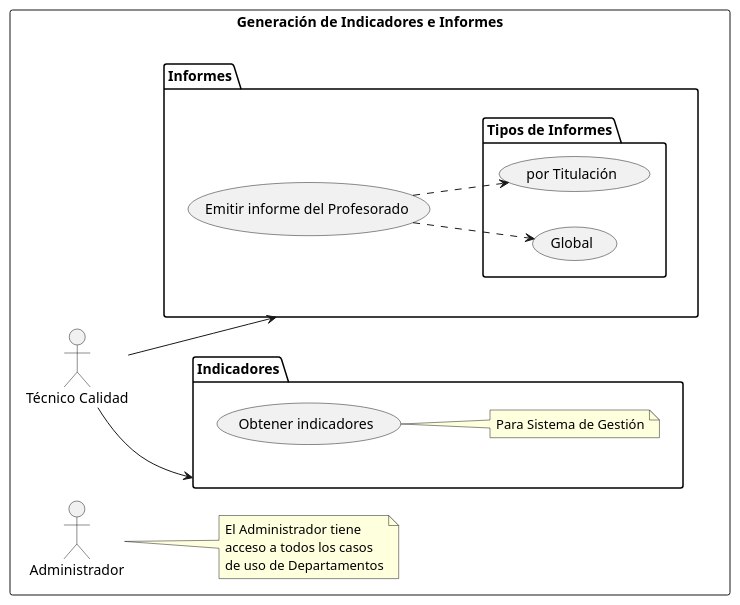
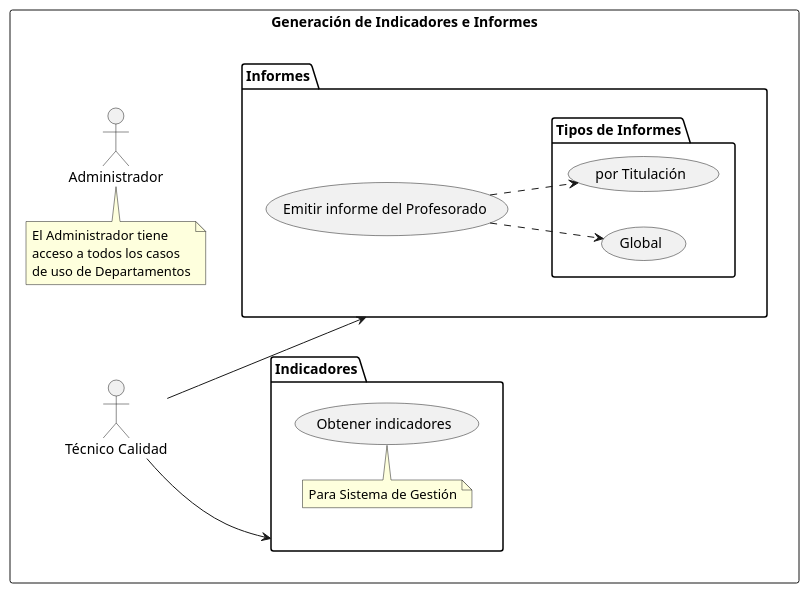
The diagram in modelosUML/CdU/IndicadoresInformes.puml (mmasias/24-25-IdSw1-SDR), drawn with PlantUML before and after one commit. The commit also changed 6 other files, not shown here.

Commit message:
ajustes diagramas generales

```diff
--- a/modelosUML/CdU/IndicadoresInformes.puml
+++ b/modelosUML/CdU/IndicadoresInformes.puml
@@ -1,37 +1,37 @@
 @startuml
 left to right direction
 
 package "Generación de Indicadores e Informes" {
     actor "Técnico Calidad" as tec
     actor "Administrador" as admin
   
     rectangle "Generación de Indicadores e Informes" {
       package "Indicadores" as indicadores {
         usecase "Obtener indicadores"
-        note right of "Obtener indicadores"
+        note top of "Obtener indicadores"
            Para Sistema de Gestión
         end note
       }
       
       package "Informes" as informes {
         usecase "Emitir informe del Profesorado" as emitirInforme
         package "Tipos de Informes" {
           usecase "por Titulación" as titulacion
           usecase "Global" as global
         }
       }
     }
 
     emitirInforme ..> titulacion
     emitirInforme ..> global
 
     tec --> indicadores
     tec --> informes
 
-    note right of admin
+    note top of admin
       El Administrador tiene
       acceso a todos los casos
       de uso de Departamentos
     end note
 }
 @enduml
```
